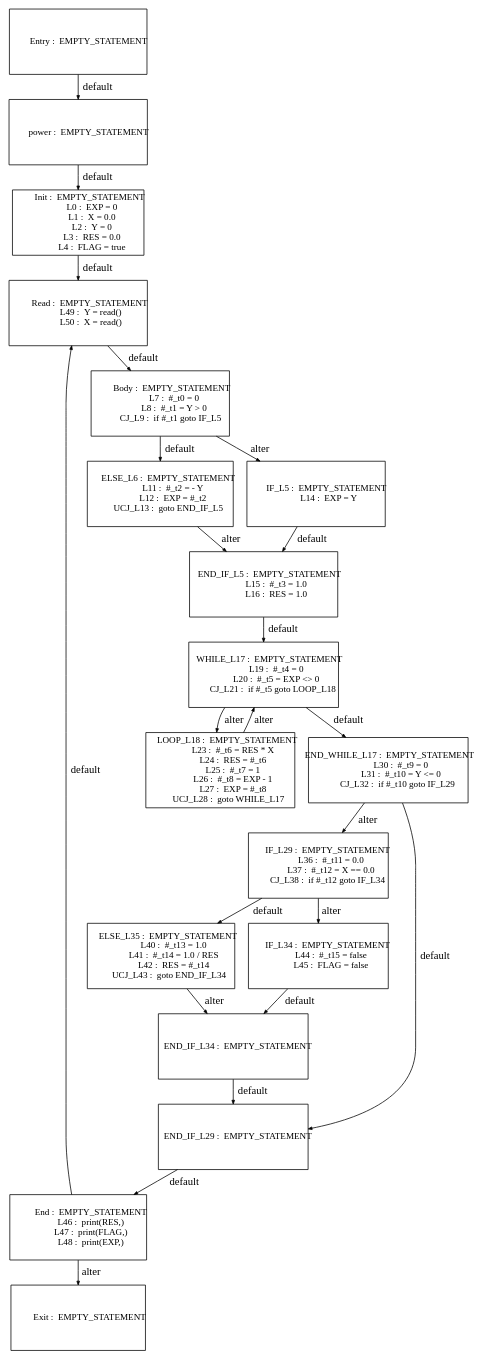
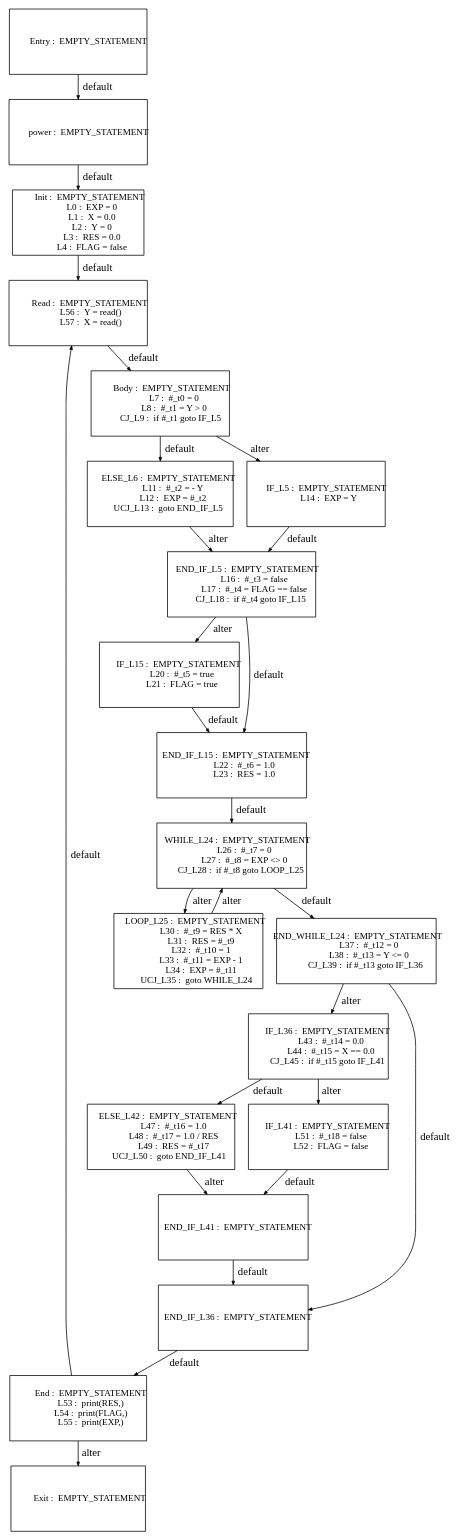
Before and after one commit to Geoffrey1014/ST_DSE: the diagram in tests_programs/paper1_tests/power_output/Graph_CP_0.dot, drawn with Graphviz. The commit also changed 26 other files, not shown here.

```diff
--- a/tests_programs/paper1_tests/power_output/Graph_CP_0.dot
+++ b/tests_programs/paper1_tests/power_output/Graph_CP_0.dot
@@ -9,7 +9,7 @@
              L1 :  X = 0.0
              L2 :  Y = 0
              L3 :  RES = 0.0
-             L4 :  FLAG = true
+             L4 :  FLAG = false
 "; "           Body :  EMPTY_STATEMENT
              L7 :  #_t0 = 0
              L8 :  #_t1 = Y > 0
@@ -21,46 +21,53 @@
 "; "          IF_L5 :  EMPTY_STATEMENT
             L14 :  EXP = Y
 "; "      END_IF_L5 :  EMPTY_STATEMENT
-            L15 :  #_t3 = 1.0
-            L16 :  RES = 1.0
-"; "      WHILE_L17 :  EMPTY_STATEMENT
-            L19 :  #_t4 = 0
-            L20 :  #_t5 = EXP <> 0
-         CJ_L21 :  if #_t5 goto LOOP_L18
-"; "       LOOP_L18 :  EMPTY_STATEMENT
-            L23 :  #_t6 = RES * X
-            L24 :  RES = #_t6
-            L25 :  #_t7 = 1
-            L26 :  #_t8 = EXP - 1
-            L27 :  EXP = #_t8
-        UCJ_L28 :  goto WHILE_L17
-"; "  END_WHILE_L17 :  EMPTY_STATEMENT
-            L30 :  #_t9 = 0
-            L31 :  #_t10 = Y <= 0
-         CJ_L32 :  if #_t10 goto IF_L29
-"; "         IF_L29 :  EMPTY_STATEMENT
-            L36 :  #_t11 = 0.0
-            L37 :  #_t12 = X == 0.0
-         CJ_L38 :  if #_t12 goto IF_L34
-"; "       ELSE_L35 :  EMPTY_STATEMENT
-            L40 :  #_t13 = 1.0
-            L41 :  #_t14 = 1.0 / RES
-            L42 :  RES = #_t14
-        UCJ_L43 :  goto END_IF_L34
-"; "         IF_L34 :  EMPTY_STATEMENT
-            L44 :  #_t15 = false
-            L45 :  FLAG = false
-"; "     END_IF_L34 :  EMPTY_STATEMENT
-"; "     END_IF_L29 :  EMPTY_STATEMENT
+            L16 :  #_t3 = false
+            L17 :  #_t4 = FLAG == false
+         CJ_L18 :  if #_t4 goto IF_L15
+"; "         IF_L15 :  EMPTY_STATEMENT
+            L20 :  #_t5 = true
+            L21 :  FLAG = true
+"; "     END_IF_L15 :  EMPTY_STATEMENT
+            L22 :  #_t6 = 1.0
+            L23 :  RES = 1.0
+"; "      WHILE_L24 :  EMPTY_STATEMENT
+            L26 :  #_t7 = 0
+            L27 :  #_t8 = EXP <> 0
+         CJ_L28 :  if #_t8 goto LOOP_L25
+"; "       LOOP_L25 :  EMPTY_STATEMENT
+            L30 :  #_t9 = RES * X
+            L31 :  RES = #_t9
+            L32 :  #_t10 = 1
+            L33 :  #_t11 = EXP - 1
+            L34 :  EXP = #_t11
+        UCJ_L35 :  goto WHILE_L24
+"; "  END_WHILE_L24 :  EMPTY_STATEMENT
+            L37 :  #_t12 = 0
+            L38 :  #_t13 = Y <= 0
+         CJ_L39 :  if #_t13 goto IF_L36
+"; "         IF_L36 :  EMPTY_STATEMENT
+            L43 :  #_t14 = 0.0
+            L44 :  #_t15 = X == 0.0
+         CJ_L45 :  if #_t15 goto IF_L41
+"; "       ELSE_L42 :  EMPTY_STATEMENT
+            L47 :  #_t16 = 1.0
+            L48 :  #_t17 = 1.0 / RES
+            L49 :  RES = #_t17
+        UCJ_L50 :  goto END_IF_L41
+"; "         IF_L41 :  EMPTY_STATEMENT
+            L51 :  #_t18 = false
+            L52 :  FLAG = false
+"; "     END_IF_L41 :  EMPTY_STATEMENT
+"; "     END_IF_L36 :  EMPTY_STATEMENT
 "; "          Entry :  EMPTY_STATEMENT
 "; "            End :  EMPTY_STATEMENT
-            L46 :  print(RES,)
-            L47 :  print(FLAG,)
-            L48 :  print(EXP,)
+            L53 :  print(RES,)
+            L54 :  print(FLAG,)
+            L55 :  print(EXP,)
+"; "           Read :  EMPTY_STATEMENT
+            L56 :  Y = read()
+            L57 :  X = read()
 "; "           Exit :  EMPTY_STATEMENT
-"; "           Read :  EMPTY_STATEMENT
-            L49 :  Y = read()
-            L50 :  X = read()
 "; 
   "          power :  EMPTY_STATEMENT
 " -> "           Init :  EMPTY_STATEMENT
@@ -68,17 +75,17 @@
              L1 :  X = 0.0
              L2 :  Y = 0
              L3 :  RES = 0.0
-             L4 :  FLAG = true
+             L4 :  FLAG = false
 "  [label="default"];
   "           Init :  EMPTY_STATEMENT
              L0 :  EXP = 0
              L1 :  X = 0.0
              L2 :  Y = 0
              L3 :  RES = 0.0
-             L4 :  FLAG = true
+             L4 :  FLAG = false
 " -> "           Read :  EMPTY_STATEMENT
-            L49 :  Y = read()
-            L50 :  X = read()
+            L56 :  Y = read()
+            L57 :  X = read()
 "  [label="default"];
   "           Body :  EMPTY_STATEMENT
              L7 :  #_t0 = 0
@@ -101,130 +108,155 @@
             L12 :  EXP = #_t2
         UCJ_L13 :  goto END_IF_L5
 " -> "      END_IF_L5 :  EMPTY_STATEMENT
-            L15 :  #_t3 = 1.0
-            L16 :  RES = 1.0
+            L16 :  #_t3 = false
+            L17 :  #_t4 = FLAG == false
+         CJ_L18 :  if #_t4 goto IF_L15
 "  [label="alter"];
   "          IF_L5 :  EMPTY_STATEMENT
             L14 :  EXP = Y
 " -> "      END_IF_L5 :  EMPTY_STATEMENT
-            L15 :  #_t3 = 1.0
-            L16 :  RES = 1.0
+            L16 :  #_t3 = false
+            L17 :  #_t4 = FLAG == false
+         CJ_L18 :  if #_t4 goto IF_L15
 "  [label="default"];
   "      END_IF_L5 :  EMPTY_STATEMENT
-            L15 :  #_t3 = 1.0
-            L16 :  RES = 1.0
-" -> "      WHILE_L17 :  EMPTY_STATEMENT
-            L19 :  #_t4 = 0
-            L20 :  #_t5 = EXP <> 0
-         CJ_L21 :  if #_t5 goto LOOP_L18
+            L16 :  #_t3 = false
+            L17 :  #_t4 = FLAG == false
+         CJ_L18 :  if #_t4 goto IF_L15
+" -> "     END_IF_L15 :  EMPTY_STATEMENT
+            L22 :  #_t6 = 1.0
+            L23 :  RES = 1.0
 "  [label="default"];
-  "      WHILE_L17 :  EMPTY_STATEMENT
-            L19 :  #_t4 = 0
-            L20 :  #_t5 = EXP <> 0
-         CJ_L21 :  if #_t5 goto LOOP_L18
-" -> "  END_WHILE_L17 :  EMPTY_STATEMENT
-            L30 :  #_t9 = 0
-            L31 :  #_t10 = Y <= 0
-         CJ_L32 :  if #_t10 goto IF_L29
+  "      END_IF_L5 :  EMPTY_STATEMENT
+            L16 :  #_t3 = false
+            L17 :  #_t4 = FLAG == false
+         CJ_L18 :  if #_t4 goto IF_L15
+" -> "         IF_L15 :  EMPTY_STATEMENT
+            L20 :  #_t5 = true
+            L21 :  FLAG = true
+"  [label="alter"];
+  "         IF_L15 :  EMPTY_STATEMENT
+            L20 :  #_t5 = true
+            L21 :  FLAG = true
+" -> "     END_IF_L15 :  EMPTY_STATEMENT
+            L22 :  #_t6 = 1.0
+            L23 :  RES = 1.0
 "  [label="default"];
-  "      WHILE_L17 :  EMPTY_STATEMENT
-            L19 :  #_t4 = 0
-            L20 :  #_t5 = EXP <> 0
-         CJ_L21 :  if #_t5 goto LOOP_L18
-" -> "       LOOP_L18 :  EMPTY_STATEMENT
-            L23 :  #_t6 = RES * X
-            L24 :  RES = #_t6
-            L25 :  #_t7 = 1
-            L26 :  #_t8 = EXP - 1
-            L27 :  EXP = #_t8
-        UCJ_L28 :  goto WHILE_L17
+  "     END_IF_L15 :  EMPTY_STATEMENT
+            L22 :  #_t6 = 1.0
+            L23 :  RES = 1.0
+" -> "      WHILE_L24 :  EMPTY_STATEMENT
+            L26 :  #_t7 = 0
+            L27 :  #_t8 = EXP <> 0
+         CJ_L28 :  if #_t8 goto LOOP_L25
+"  [label="default"];
+  "      WHILE_L24 :  EMPTY_STATEMENT
+            L26 :  #_t7 = 0
+            L27 :  #_t8 = EXP <> 0
+         CJ_L28 :  if #_t8 goto LOOP_L25
+" -> "  END_WHILE_L24 :  EMPTY_STATEMENT
+            L37 :  #_t12 = 0
+            L38 :  #_t13 = Y <= 0
+         CJ_L39 :  if #_t13 goto IF_L36
+"  [label="default"];
+  "      WHILE_L24 :  EMPTY_STATEMENT
+            L26 :  #_t7 = 0
+            L27 :  #_t8 = EXP <> 0
+         CJ_L28 :  if #_t8 goto LOOP_L25
+" -> "       LOOP_L25 :  EMPTY_STATEMENT
+            L30 :  #_t9 = RES * X
+            L31 :  RES = #_t9
+            L32 :  #_t10 = 1
+            L33 :  #_t11 = EXP - 1
+            L34 :  EXP = #_t11
+        UCJ_L35 :  goto WHILE_L24
 "  [label="alter"];
-  "       LOOP_L18 :  EMPTY_STATEMENT
-            L23 :  #_t6 = RES * X
-            L24 :  RES = #_t6
-            L25 :  #_t7 = 1
-            L26 :  #_t8 = EXP - 1
-            L27 :  EXP = #_t8
-        UCJ_L28 :  goto WHILE_L17
-" -> "      WHILE_L17 :  EMPTY_STATEMENT
-            L19 :  #_t4 = 0
-            L20 :  #_t5 = EXP <> 0
-         CJ_L21 :  if #_t5 goto LOOP_L18
+  "       LOOP_L25 :  EMPTY_STATEMENT
+            L30 :  #_t9 = RES * X
+            L31 :  RES = #_t9
+            L32 :  #_t10 = 1
+            L33 :  #_t11 = EXP - 1
+            L34 :  EXP = #_t11
+        UCJ_L35 :  goto WHILE_L24
+" -> "      WHILE_L24 :  EMPTY_STATEMENT
+            L26 :  #_t7 = 0
+            L27 :  #_t8 = EXP <> 0
+         CJ_L28 :  if #_t8 goto LOOP_L25
 "  [label="alter"];
-  "  END_WHILE_L17 :  EMPTY_STATEMENT
-            L30 :  #_t9 = 0
-            L31 :  #_t10 = Y <= 0
-         CJ_L32 :  if #_t10 goto IF_L29
-" -> "     END_IF_L29 :  EMPTY_STATEMENT
+  "  END_WHILE_L24 :  EMPTY_STATEMENT
+            L37 :  #_t12 = 0
+            L38 :  #_t13 = Y <= 0
+         CJ_L39 :  if #_t13 goto IF_L36
+" -> "     END_IF_L36 :  EMPTY_STATEMENT
 "  [label="default"];
-  "  END_WHILE_L17 :  EMPTY_STATEMENT
-            L30 :  #_t9 = 0
-            L31 :  #_t10 = Y <= 0
-         CJ_L32 :  if #_t10 goto IF_L29
-" -> "         IF_L29 :  EMPTY_STATEMENT
-            L36 :  #_t11 = 0.0
-            L37 :  #_t12 = X == 0.0
-         CJ_L38 :  if #_t12 goto IF_L34
+  "  END_WHILE_L24 :  EMPTY_STATEMENT
+            L37 :  #_t12 = 0
+            L38 :  #_t13 = Y <= 0
+         CJ_L39 :  if #_t13 goto IF_L36
+" -> "         IF_L36 :  EMPTY_STATEMENT
+            L43 :  #_t14 = 0.0
+            L44 :  #_t15 = X == 0.0
+         CJ_L45 :  if #_t15 goto IF_L41
 "  [label="alter"];
-  "         IF_L29 :  EMPTY_STATEMENT
-            L36 :  #_t11 = 0.0
-            L37 :  #_t12 = X == 0.0
-         CJ_L38 :  if #_t12 goto IF_L34
-" -> "       ELSE_L35 :  EMPTY_STATEMENT
-            L40 :  #_t13 = 1.0
-            L41 :  #_t14 = 1.0 / RES
-            L42 :  RES = #_t14
-        UCJ_L43 :  goto END_IF_L34
+  "         IF_L36 :  EMPTY_STATEMENT
+            L43 :  #_t14 = 0.0
+            L44 :  #_t15 = X == 0.0
+         CJ_L45 :  if #_t15 goto IF_L41
+" -> "       ELSE_L42 :  EMPTY_STATEMENT
+            L47 :  #_t16 = 1.0
+            L48 :  #_t17 = 1.0 / RES
+            L49 :  RES = #_t17
+        UCJ_L50 :  goto END_IF_L41
 "  [label="default"];
-  "         IF_L29 :  EMPTY_STATEMENT
-            L36 :  #_t11 = 0.0
-            L37 :  #_t12 = X == 0.0
-         CJ_L38 :  if #_t12 goto IF_L34
-" -> "         IF_L34 :  EMPTY_STATEMENT
-            L44 :  #_t15 = false
-            L45 :  FLAG = false
+  "         IF_L36 :  EMPTY_STATEMENT
+            L43 :  #_t14 = 0.0
+            L44 :  #_t15 = X == 0.0
+         CJ_L45 :  if #_t15 goto IF_L41
+" -> "         IF_L41 :  EMPTY_STATEMENT
+            L51 :  #_t18 = false
+            L52 :  FLAG = false
 "  [label="alter"];
-  "       ELSE_L35 :  EMPTY_STATEMENT
-            L40 :  #_t13 = 1.0
-            L41 :  #_t14 = 1.0 / RES
-            L42 :  RES = #_t14
-        UCJ_L43 :  goto END_IF_L34
-" -> "     END_IF_L34 :  EMPTY_STATEMENT
+  "       ELSE_L42 :  EMPTY_STATEMENT
+            L47 :  #_t16 = 1.0
+            L48 :  #_t17 = 1.0 / RES
+            L49 :  RES = #_t17
+        UCJ_L50 :  goto END_IF_L41
+" -> "     END_IF_L41 :  EMPTY_STATEMENT
 "  [label="alter"];
-  "         IF_L34 :  EMPTY_STATEMENT
-            L44 :  #_t15 = false
-            L45 :  FLAG = false
-" -> "     END_IF_L34 :  EMPTY_STATEMENT
+  "         IF_L41 :  EMPTY_STATEMENT
+            L51 :  #_t18 = false
+            L52 :  FLAG = false
+" -> "     END_IF_L41 :  EMPTY_STATEMENT
 "  [label="default"];
-  "     END_IF_L34 :  EMPTY_STATEMENT
-" -> "     END_IF_L29 :  EMPTY_STATEMENT
+  "     END_IF_L41 :  EMPTY_STATEMENT
+" -> "     END_IF_L36 :  EMPTY_STATEMENT
 "  [label="default"];
-  "     END_IF_L29 :  EMPTY_STATEMENT
+  "     END_IF_L36 :  EMPTY_STATEMENT
 " -> "            End :  EMPTY_STATEMENT
-            L46 :  print(RES,)
-            L47 :  print(FLAG,)
-            L48 :  print(EXP,)
+            L53 :  print(RES,)
+            L54 :  print(FLAG,)
+            L55 :  print(EXP,)
 "  [label="default"];
   "          Entry :  EMPTY_STATEMENT
 " -> "          power :  EMPTY_STATEMENT
 "  [label="default"];
   "            End :  EMPTY_STATEMENT
-            L46 :  print(RES,)
-            L47 :  print(FLAG,)
-            L48 :  print(EXP,)
+            L53 :  print(RES,)
+            L54 :  print(FLAG,)
+            L55 :  print(EXP,)
 " -> "           Read :  EMPTY_STATEMENT
-            L49 :  Y = read()
-            L50 :  X = read()
+            L56 :  Y = read()
+            L57 :  X = read()
 "  [label="default"];
   "            End :  EMPTY_STATEMENT
-            L46 :  print(RES,)
-            L47 :  print(FLAG,)
-            L48 :  print(EXP,)
+            L53 :  print(RES,)
+            L54 :  print(FLAG,)
+            L55 :  print(EXP,)
 " -> "           Exit :  EMPTY_STATEMENT
 "  [label="alter"];
   "           Read :  EMPTY_STATEMENT
-            L49 :  Y = read()
-            L50 :  X = read()
+            L56 :  Y = read()
+            L57 :  X = read()
 " -> "           Body :  EMPTY_STATEMENT
              L7 :  #_t0 = 0
              L8 :  #_t1 = Y > 0
```
